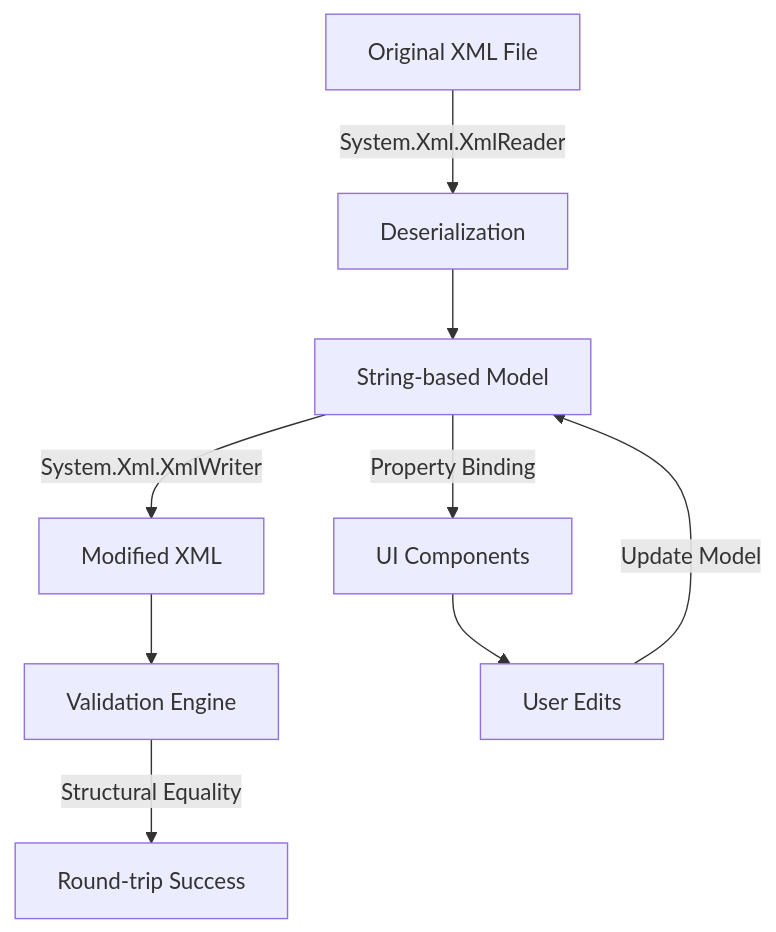
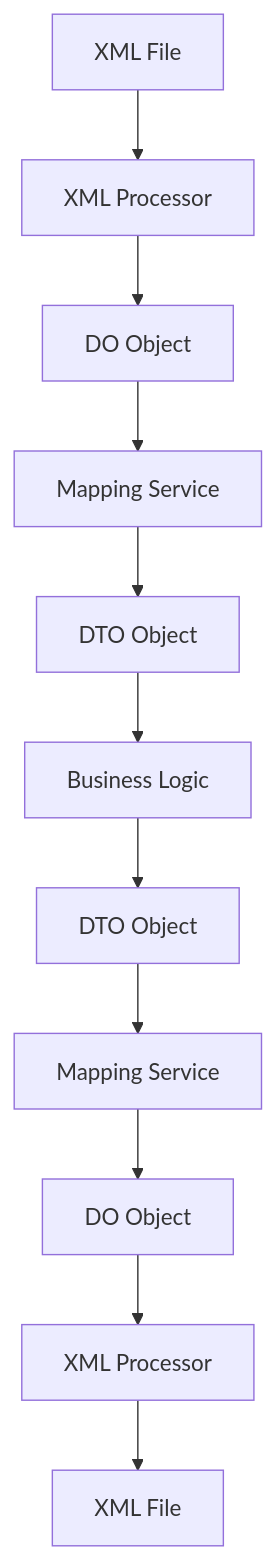
Before and after one commit to BannerlordModer/BannerlordModEditor: the third of 3 diagrams in architecture.md, drawn with Mermaid. The commit also changed other lines of this file and 38 other files, not shown here.

````diff
--- a/architecture.md
+++ b/architecture.md
@@ -97,11 +98,13 @@
 ```mermaid
-flowchart TD
-    A[Original XML File] -->|System.Xml.XmlReader| B[Deserialization]
-    B --> C[String-based Model]
-    C -->|System.Xml.XmlWriter| D[Modified XML]
-    D --> E[Validation Engine]
-    E -->|Structural Equality| F[Round-trip Success]
-    C -->|Property Binding| G[UI Components]
-    G --> H[User Edits]
-    H -->|Update Model| C
+graph TD
+    A[XML File] --> B[XML Processor]
+    B --> C[DO Object]
+    C --> D[Mapping Service]
+    D --> E[DTO Object]
+    E --> F[Business Logic]
+    F --> G[DTO Object]
+    G --> H[Mapping Service]
+    H --> I[DO Object]
+    I --> J[XML Processor]
+    J --> K[XML File]
 ```
````
